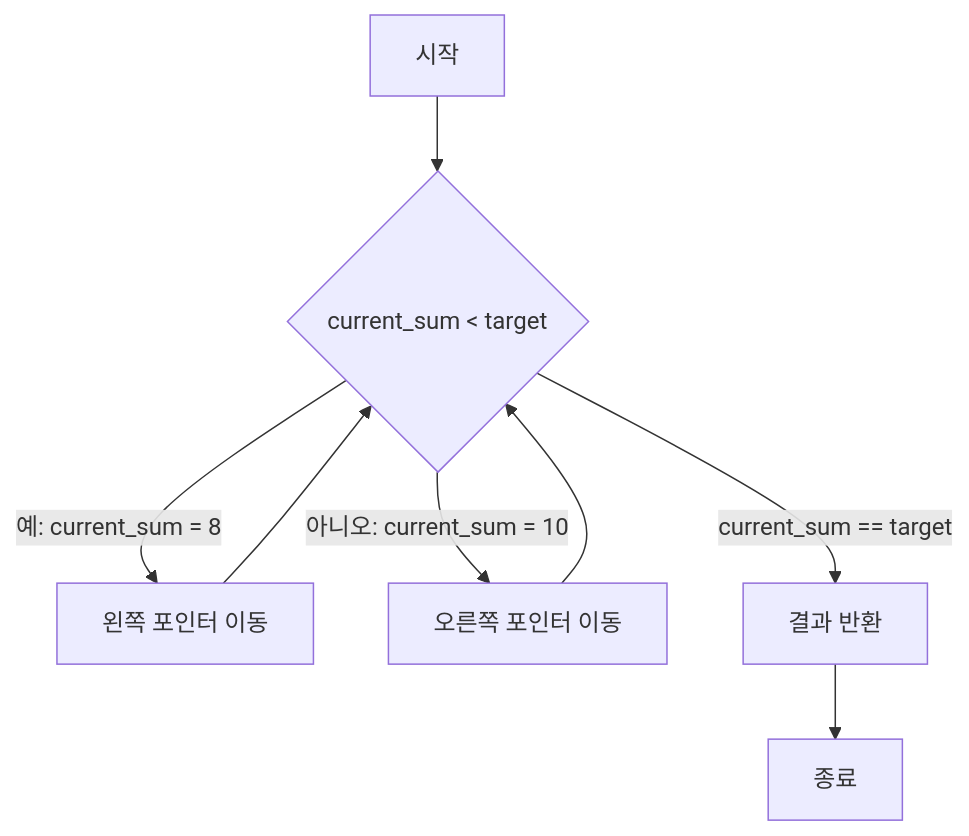
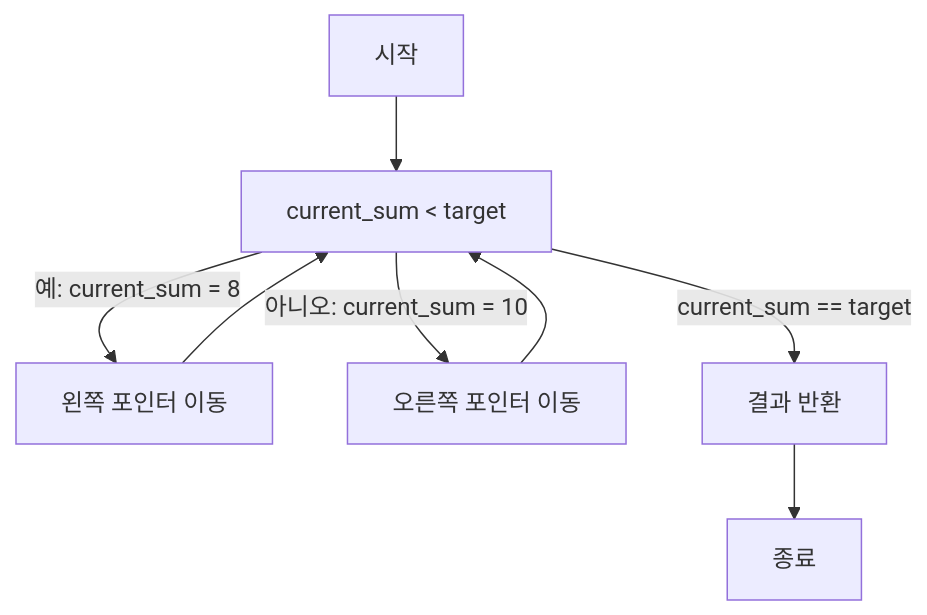
Before and after one commit to 42jerrykim/42jerrykim.github.io: the third of 11 diagrams in content/post/2024/2024-10-16-two-pointers/index.md, drawn with Mermaid. The commit also changed other lines of this file and 13 other files, not shown here.

````diff
--- a/content/post/2024/2024-10-16-two-pointers/index.md
+++ b/content/post/2024/2024-10-16-two-pointers/index.md
@@ -291,10 +219,10 @@
 ```mermaid
 graph TD;
-    A[시작] --> B{current_sum < target}
-    B -- 예: current_sum = 8 --> C[왼쪽 포인터 이동]
-    B -- 아니오: current_sum = 10 --> D[오른쪽 포인터 이동]
+    A[시작] --> B["current_sum < target"]
+    B -->|"예: current_sum = 8"| C[왼쪽 포인터 이동]
+    B -->|"아니오: current_sum = 10"| D[오른쪽 포인터 이동]
     C --> B
     D --> B
-    B -- current_sum == target --> E[결과 반환]
+    B -->|"current_sum == target"| E[결과 반환]
     E --> F[종료]
 ```
````
